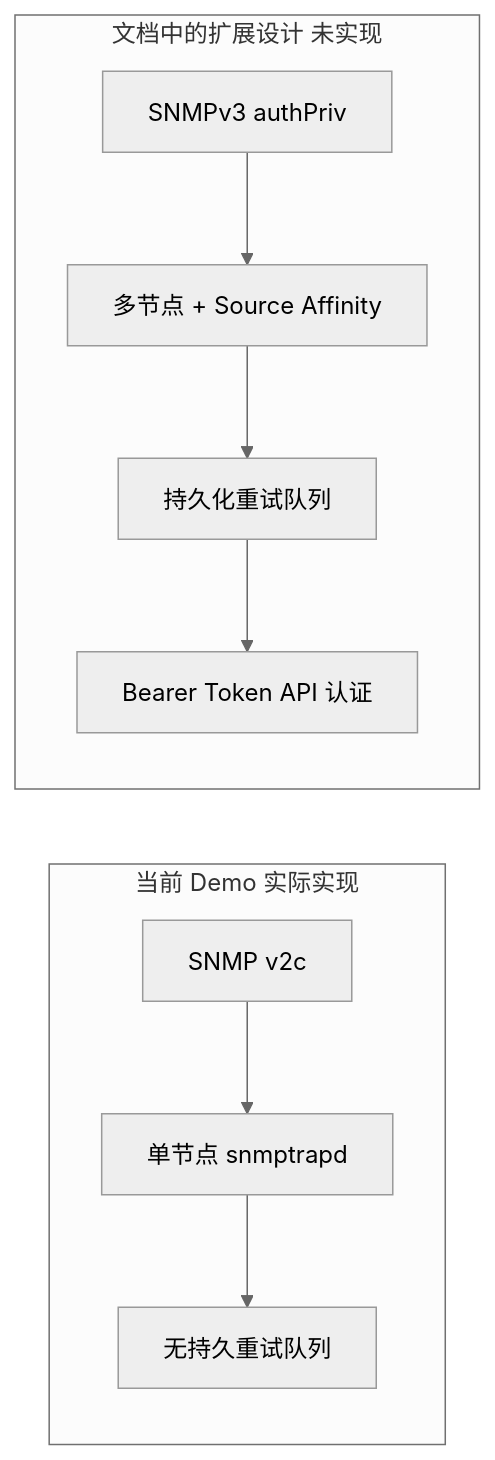
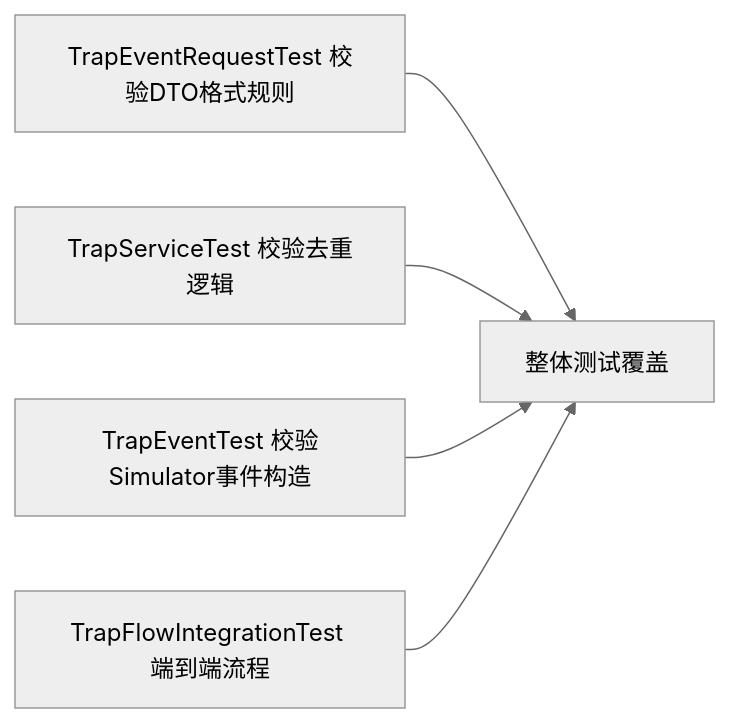
One commit to seki999/DialogueFlow_GitHub_OnLine changed the diagram in slides/snmp-trap-demo-course/23.md. Above: the diagram before and after it, drawn with Mermaid (neutral theme). The commit also changed other lines of this file and 48 other files, not shown here.

````diff
--- a/slides/snmp-trap-demo-course/23.md
+++ b/slides/snmp-trap-demo-course/23.md
@@ -5,12 +5,7 @@
 ```mermaid
 flowchart LR
-    subgraph 当前Demo["当前 Demo 实际实现"]
-        A1[SNMP v2c] --> A2[单节点 snmptrapd]
-        A2 --> A3[无持久重试队列]
-    end
-    subgraph 扩展设计["文档中的扩展设计 未实现"]
-        B1[SNMPv3 authPriv] --> B2[多节点 + Source Affinity]
-        B2 --> B3[持久化重试队列]
-        B3 --> B4[Bearer Token API 认证]
-    end
+  UT1[TrapEventRequestTest 校验DTO格式规则] --> Coverage
+  UT2[TrapServiceTest 校验去重逻辑] --> Coverage
+  UT3[TrapEventTest 校验Simulator事件构造] --> Coverage
+  IT[TrapFlowIntegrationTest 端到端流程] --> Coverage[整体测试覆盖]
 ```
````
